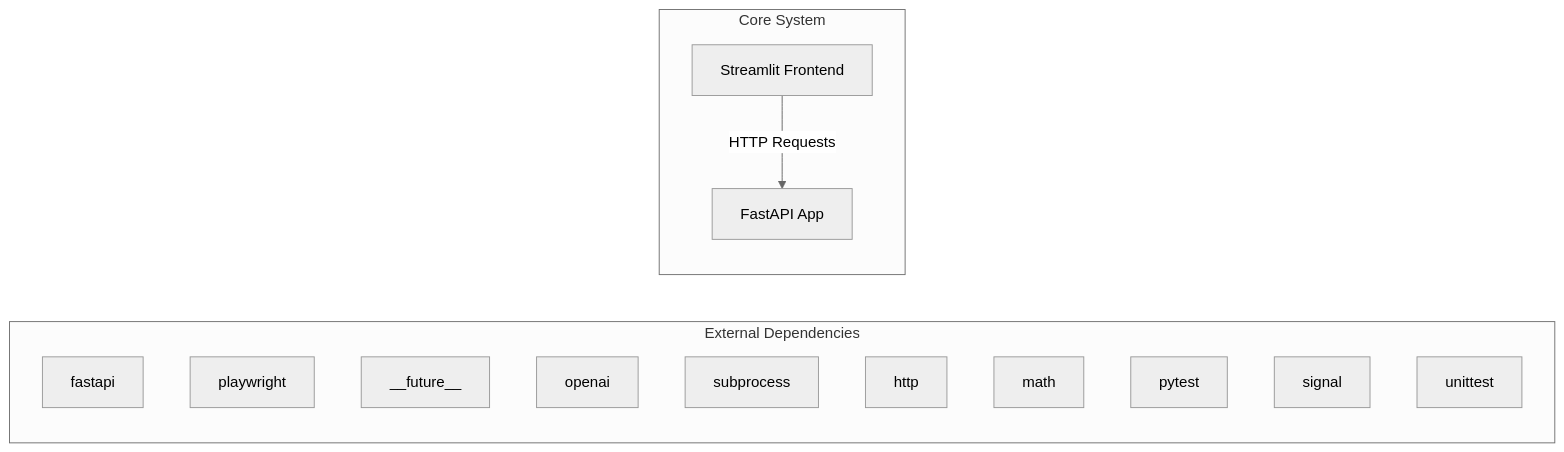
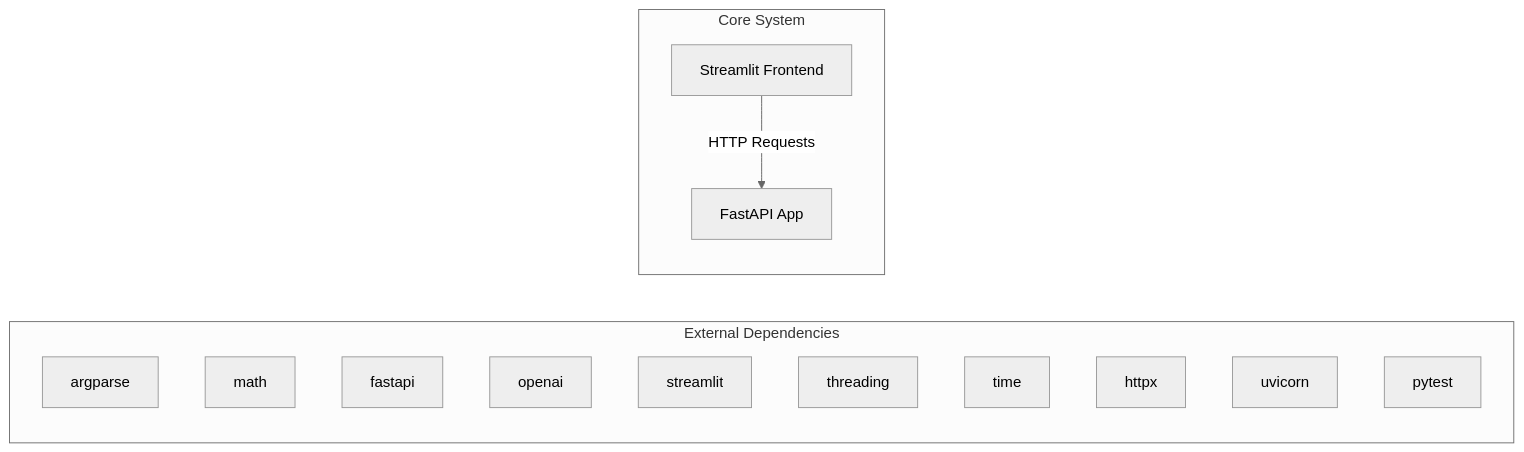
Before and after one commit to NITISH-R-G/rag-context-optimizer: the first of 2 diagrams in docs/architecture.md, drawn with Mermaid (neutral theme). The commit also changed 1 other file, not shown here.

Commit message:
docs: auto-update repository knowledge, architecture diagrams, and documentation

````diff
--- a/docs/architecture.md
+++ b/docs/architecture.md
@@ -7,20 +7,20 @@
 ```mermaid
 graph LR
     subgraph External Dependencies
-        E0["fastapi"]
-        E1["playwright"]
-        E2["__future__"]
+        E0["argparse"]
+        E1["math"]
+        E2["fastapi"]
         E3["openai"]
-        E4["subprocess"]
-        E5["http"]
-        E6["math"]
-        E7["pytest"]
-        E8["signal"]
-        E9["unittest"]
+        E4["streamlit"]
+        E5["threading"]
+        E6["time"]
+        E7["httpx"]
+        E8["uvicorn"]
+        E9["pytest"]
     end
     subgraph Core System
         API["FastAPI App"]
         UI["Streamlit Frontend"]
     end
     UI -->|HTTP Requests| API
 ```
````
